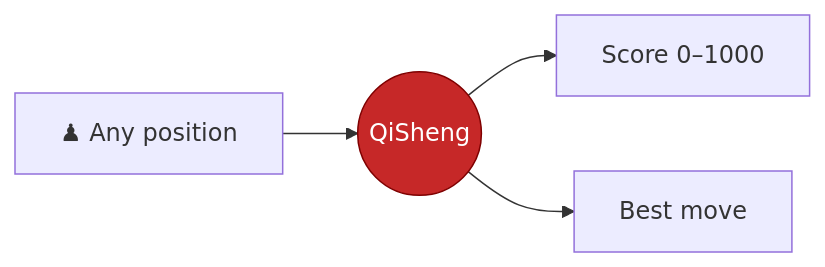
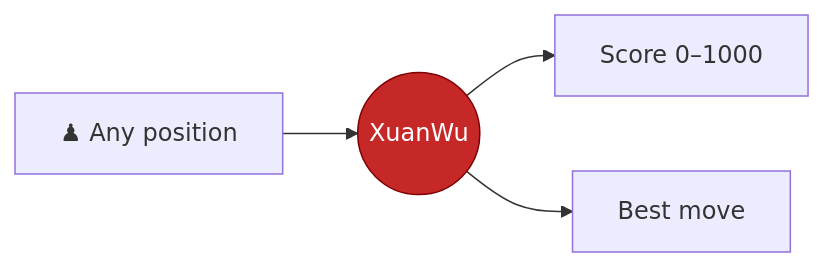
One commit to quannguyencoder/QiSheng-Xiangqi-Engine-v1 changed the first of 6 diagrams in README.md. Above: the diagram before and after it, drawn with Mermaid. The commit also changed other lines of this file and 94 other files, not shown here.

First line of the commit message:
Đổi tên dự án: QiSheng → XuanWu (玄武, Huyền Vũ)

````diff
--- a/README.md
+++ b/README.md
@@ -39,7 +43,7 @@
 ```mermaid
 flowchart LR
-    P["♟ Any position"] --> Q(("QiSheng"))
+    P["♟ Any position"] --> Q(("XuanWu"))
     Q --> S["Score 0–1000"]
     Q --> M["Best move"]
     style Q fill:#c62828,stroke:#7f0000,color:#fff
 ```
````
